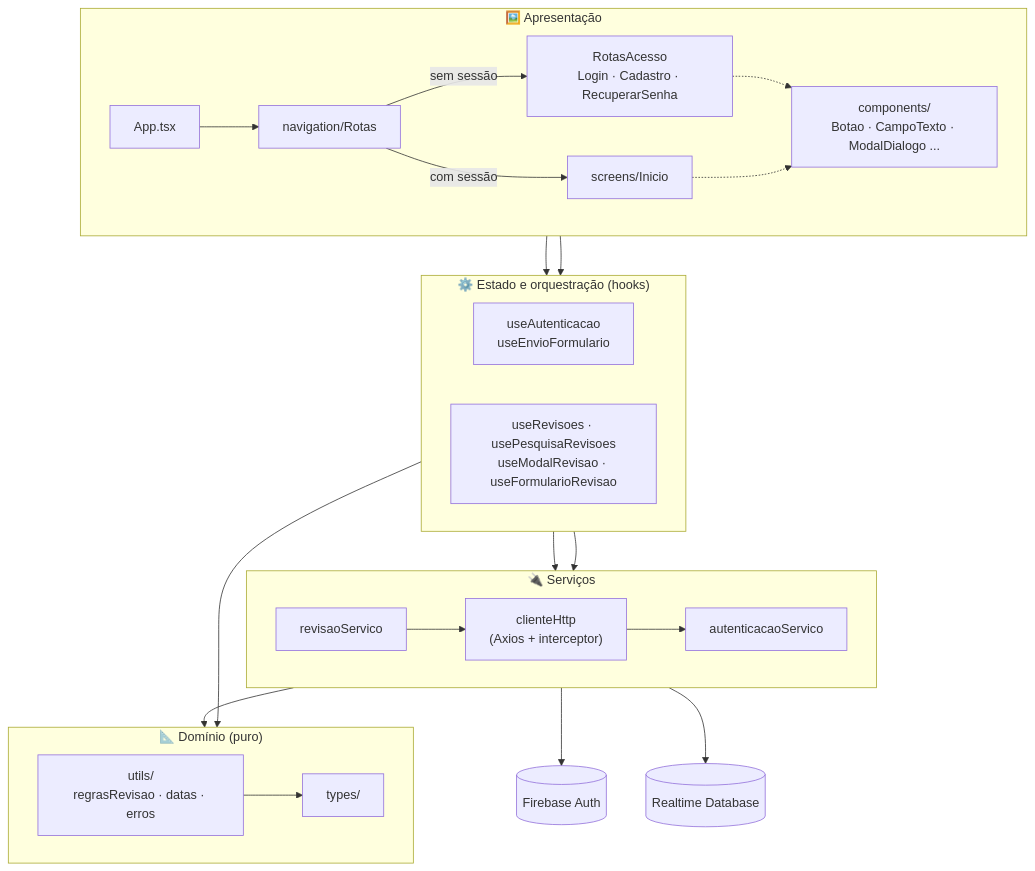
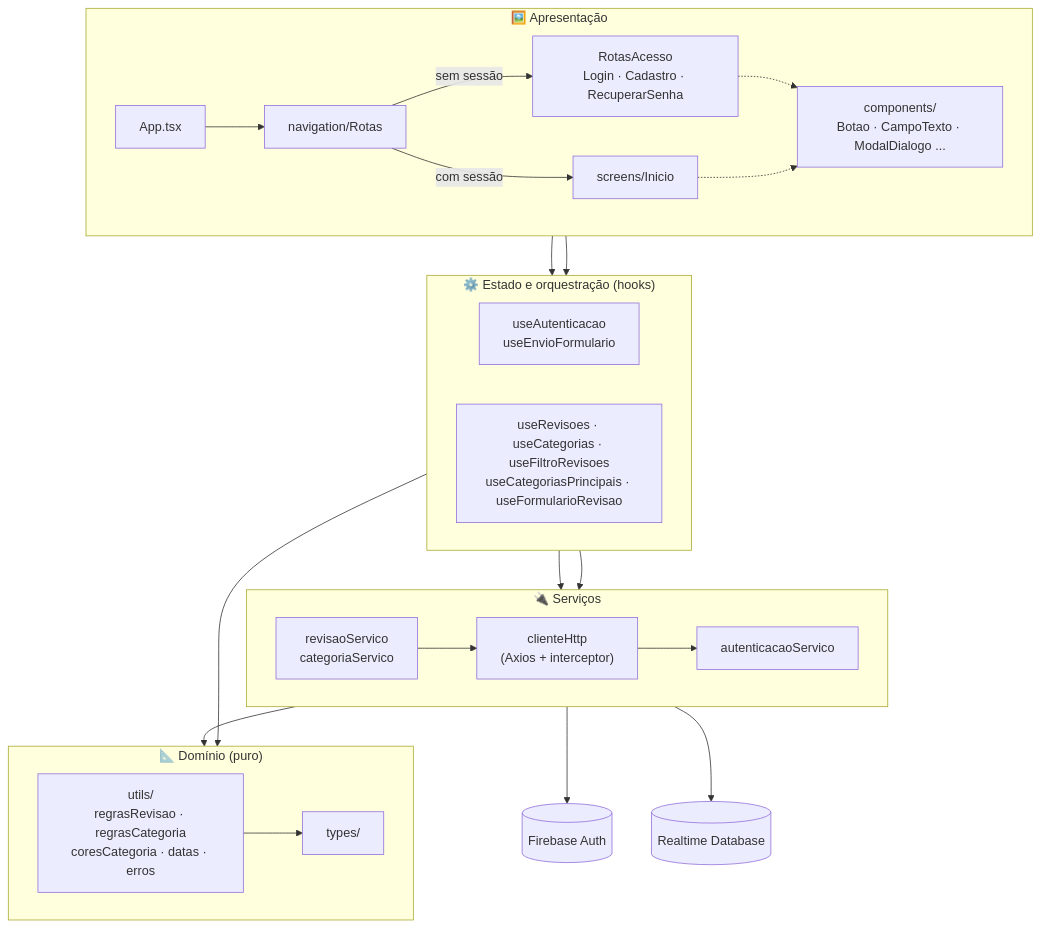
One commit to unifkaraujo/App-Revisoes changed the first of 2 diagrams in README.md. Above: the diagram before and after it, drawn with Mermaid. The commit also changed other lines of this file and 30 other files, not shown here.

Commit message:
Adiciona categorias com cor, filtro e tela própria para o formulário

````diff
--- a/README.md
+++ b/README.md
@@ -73,43 +74,43 @@
 ```mermaid
 flowchart TD
     subgraph UI["🖼️ Apresentação"]
         direction LR
         App["App.tsx"] --> Rotas["navigation/Rotas"]
         Rotas -->|sem sessão| Acesso["RotasAcesso<br/>Login · Cadastro · RecuperarSenha"]
         Rotas -->|com sessão| Inicio["screens/Inicio"]
         Comp["components/<br/>Botao · CampoTexto · ModalDialogo ..."]
     end
 
     subgraph Estado["⚙️ Estado e orquestração (hooks)"]
         direction LR
         HA["useAutenticacao<br/>useEnvioFormulario"]
-        HI["useRevisoes · usePesquisaRevisoes<br/>useModalRevisao · useFormularioRevisao"]
+        HI["useRevisoes · useCategorias · useFiltroRevisoes<br/>useCategoriasPrincipais · useFormularioRevisao"]
     end
 
     subgraph Dados["🔌 Serviços"]
         direction LR
         Auth["autenticacaoServico"]
-        Rev["revisaoServico"]
+        Rev["revisaoServico<br/>categoriaServico"]
         Http["clienteHttp<br/>(Axios + interceptor)"]
     end
 
     subgraph Dominio["📐 Domínio (puro)"]
         direction LR
         Tipos["types/"]
-        Regras["utils/<br/>regrasRevisao · datas · erros"]
+        Regras["utils/<br/>regrasRevisao · regrasCategoria<br/>coresCategoria · datas · erros"]
     end
 
     Acesso --> HA
     Inicio --> HI
     Acesso -.-> Comp
     Inicio -.-> Comp
     HA --> Auth
     HI --> Rev
     HI --> Regras
     Rev --> Http
     Http --> Auth
     Auth --> FA[("Firebase Auth")]
     Http --> DB[("Realtime Database")]
     Rev --> Tipos
     Regras --> Tipos
 ```
````
